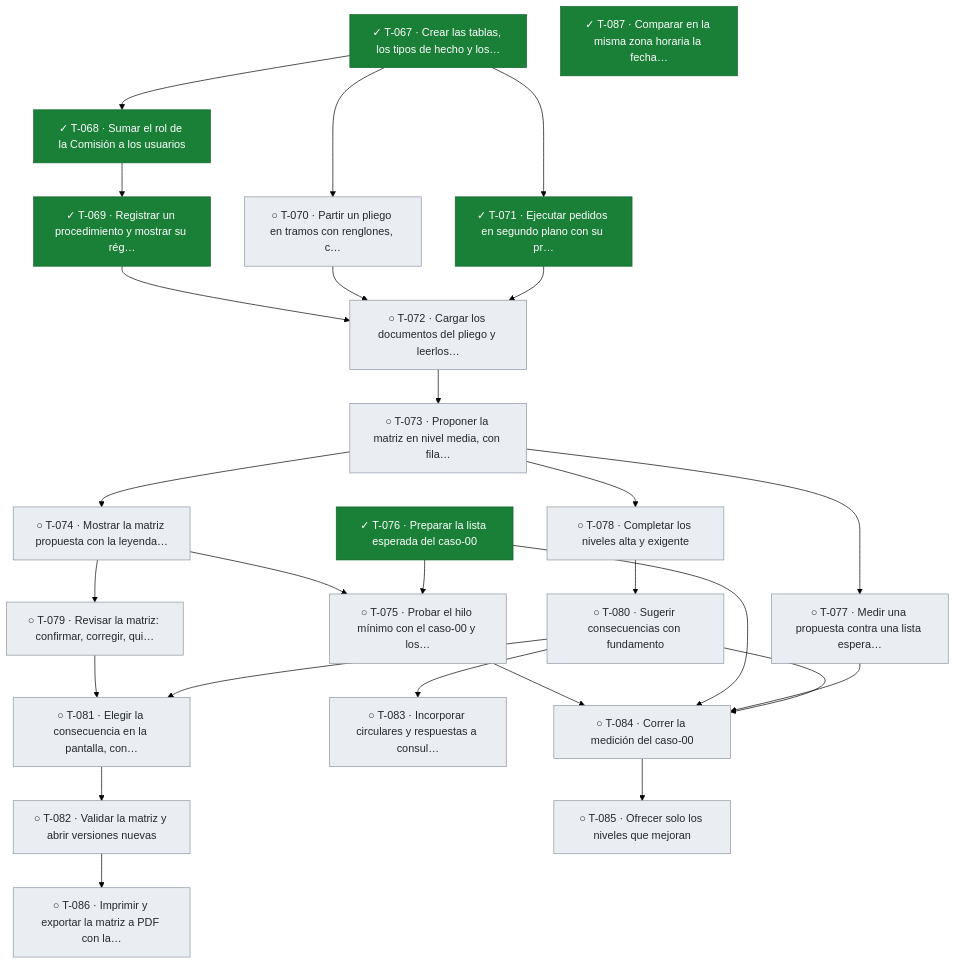
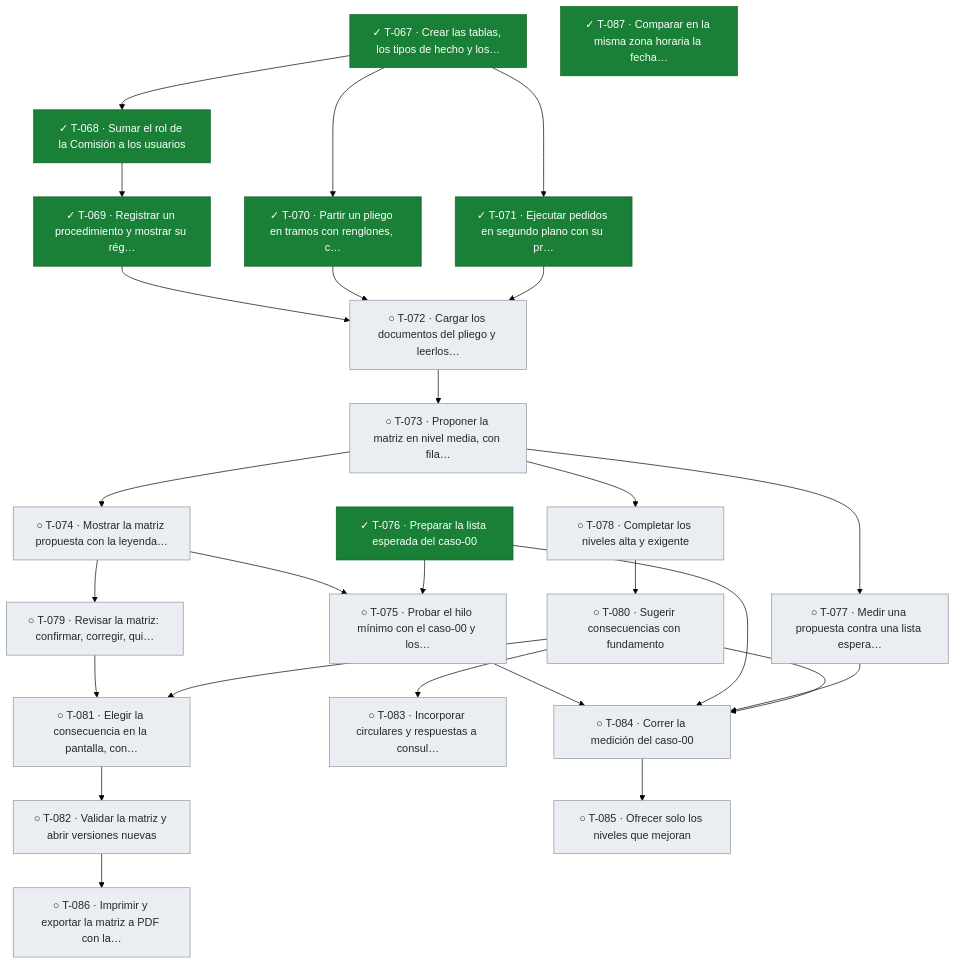
One commit to snavello/EVALUON changed the fifth of 5 diagrams in docs/tablero.md. Above: the diagram before and after it, drawn with Mermaid (forest theme). The commit also changed other lines of this file and 1 other file, not shown here.

````diff
--- a/docs/tablero.md
+++ b/docs/tablero.md
@@ -400,54 +400,54 @@
 ```mermaid
 flowchart TD
   T067["✓ T-067 · Crear las tablas, los tipos de hecho y los…"]:::done
   T068["✓ T-068 · Sumar el rol de la Comisión a los usuarios"]:::done
   T069["✓ T-069 · Registrar un procedimiento y mostrar su rég…"]:::done
-  T070["○ T-070 · Partir un pliego en tramos con renglones, c…"]:::todo
+  T070["✓ T-070 · Partir un pliego en tramos con renglones, c…"]:::done
   T071["✓ T-071 · Ejecutar pedidos en segundo plano con su pr…"]:::done
   T072["○ T-072 · Cargar los documentos del pliego y leerlos…"]:::todo
   T073["○ T-073 · Proponer la matriz en nivel media, con fila…"]:::todo
   T074["○ T-074 · Mostrar la matriz propuesta con la leyenda…"]:::todo
   T075["○ T-075 · Probar el hilo mínimo con el caso-00 y los…"]:::todo
   T076["✓ T-076 · Preparar la lista esperada del caso-00"]:::done
   T077["○ T-077 · Medir una propuesta contra una lista espera…"]:::todo
   T078["○ T-078 · Completar los niveles alta y exigente"]:::todo
   T079["○ T-079 · Revisar la matriz: confirmar, corregir, qui…"]:::todo
   T080["○ T-080 · Sugerir consecuencias con fundamento"]:::todo
   T081["○ T-081 · Elegir la consecuencia en la pantalla, con…"]:::todo
   T082["○ T-082 · Validar la matriz y abrir versiones nuevas"]:::todo
   T083["○ T-083 · Incorporar circulares y respuestas a consul…"]:::todo
   T084["○ T-084 · Correr la medición del caso-00"]:::todo
   T085["○ T-085 · Ofrecer solo los niveles que mejoran"]:::todo
   T086["○ T-086 · Imprimir y exportar la matriz a PDF con la…"]:::todo
   T087["✓ T-087 · Comparar en la misma zona horaria la fecha…"]:::done
   T067 --> T068
   T068 --> T069
   T067 --> T070
   T067 --> T071
   T069 --> T072
   T070 --> T072
   T071 --> T072
   T072 --> T073
   T073 --> T074
   T074 --> T075
   T076 --> T075
   T073 --> T077
   T073 --> T078
   T074 --> T079
   T078 --> T080
   T079 --> T081
   T080 --> T081
   T081 --> T082
   T080 --> T083
   T075 --> T084
   T076 --> T084
   T077 --> T084
   T080 --> T084
   T084 --> T085
   T082 --> T086
   classDef done fill:#1a7f37,stroke:#116329,color:#ffffff
   classDef review fill:#0969da,stroke:#0550ae,color:#ffffff
   classDef active fill:#bf8700,stroke:#7d4e00,color:#ffffff
   classDef blocked fill:#cf222e,stroke:#a40e26,color:#ffffff
   classDef todo fill:#eaeef2,stroke:#8c959f,color:#24292f
 ```
````
